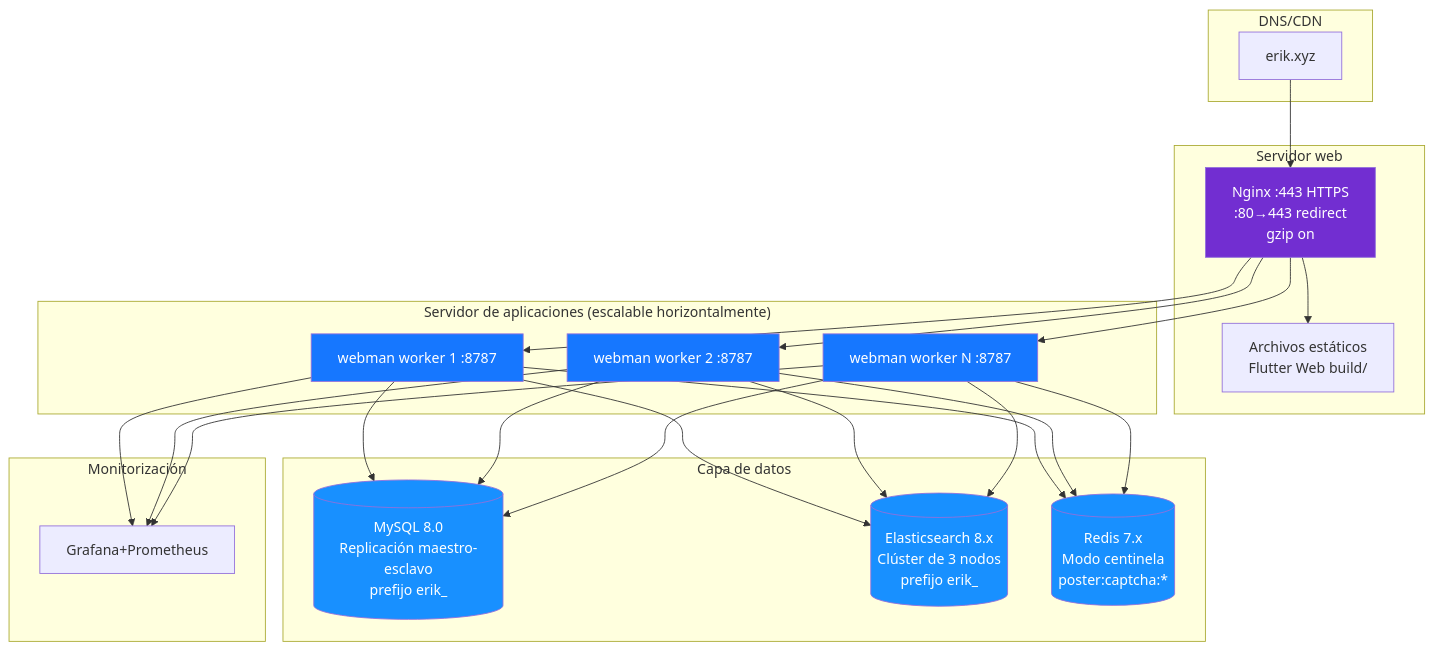
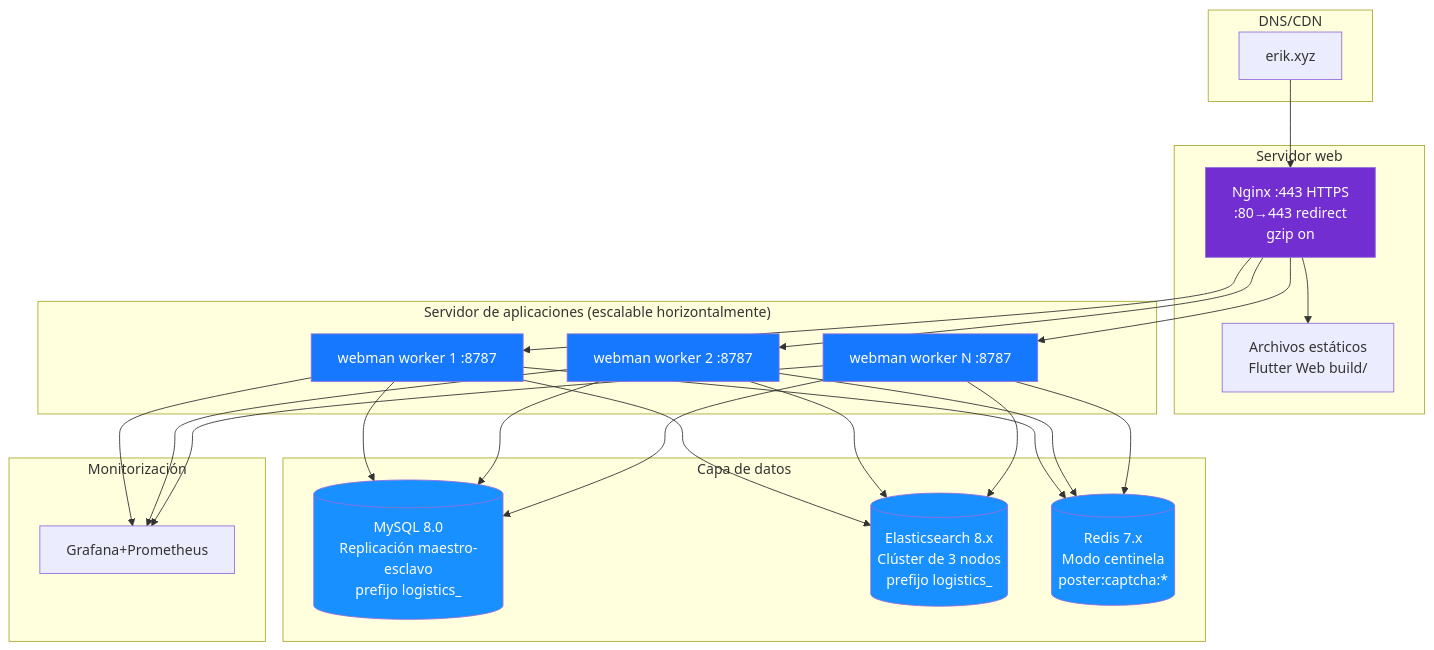
The diagram in admin/docs/diagrams/12-deployment.es.md (erikwang2013/integrated-global-logistics), drawn with Mermaid before and after one commit. The commit also changed 211 other files, not shown here.

````diff
--- a/admin/docs/diagrams/12-deployment.es.md
+++ b/admin/docs/diagrams/12-deployment.es.md
@@ -7,45 +7,45 @@
 ```mermaid
 flowchart TB
     subgraph dns["DNS/CDN"]
         domain["erik.xyz"]
     end
 
     subgraph web["Servidor web"]
         nginx["Nginx :443 HTTPS<br/>:80→443 redirect<br/>gzip on"]
         static["Archivos estáticos<br/>Flutter Web build/"]
     end
 
     subgraph app["Servidor de aplicaciones (escalable horizontalmente)"]
         wm1["webman worker 1 :8787"]
         wm2["webman worker 2 :8787"]
         wm3["webman worker N :8787"]
     end
 
     subgraph data["Capa de datos"]
-        mysql[("MySQL 8.0<br/>Replicación maestro-esclavo<br/>prefijo erik_")]
-        es[("Elasticsearch 8.x<br/>Clúster de 3 nodos<br/>prefijo erik_")]
+        mysql[("MySQL 8.0<br/>Replicación maestro-esclavo<br/>prefijo logistics_")]
+        es[("Elasticsearch 8.x<br/>Clúster de 3 nodos<br/>prefijo logistics_")]
         redis[("Redis 7.x<br/>Modo centinela<br/>poster:captcha:*")]
     end
 
     subgraph monitor["Monitorización"]
         grafana["Grafana+Prometheus"]
     end
 
     domain --> nginx
     nginx --> static
     nginx --> wm1
     nginx --> wm2
     nginx --> wm3
     wm1 & wm2 & wm3 --> mysql
     wm1 & wm2 & wm3 --> es
     wm1 & wm2 & wm3 --> redis
     wm1 & wm2 & wm3 --> grafana
 
     style nginx fill:#722ED1,color:#fff
     style wm1 fill:#1677FF,color:#fff
     style wm2 fill:#1677FF,color:#fff
     style wm3 fill:#1677FF,color:#fff
     style mysql fill:#1890FF,color:#fff
     style es fill:#1890FF,color:#fff
     style redis fill:#1890FF,color:#fff
 ```
````
